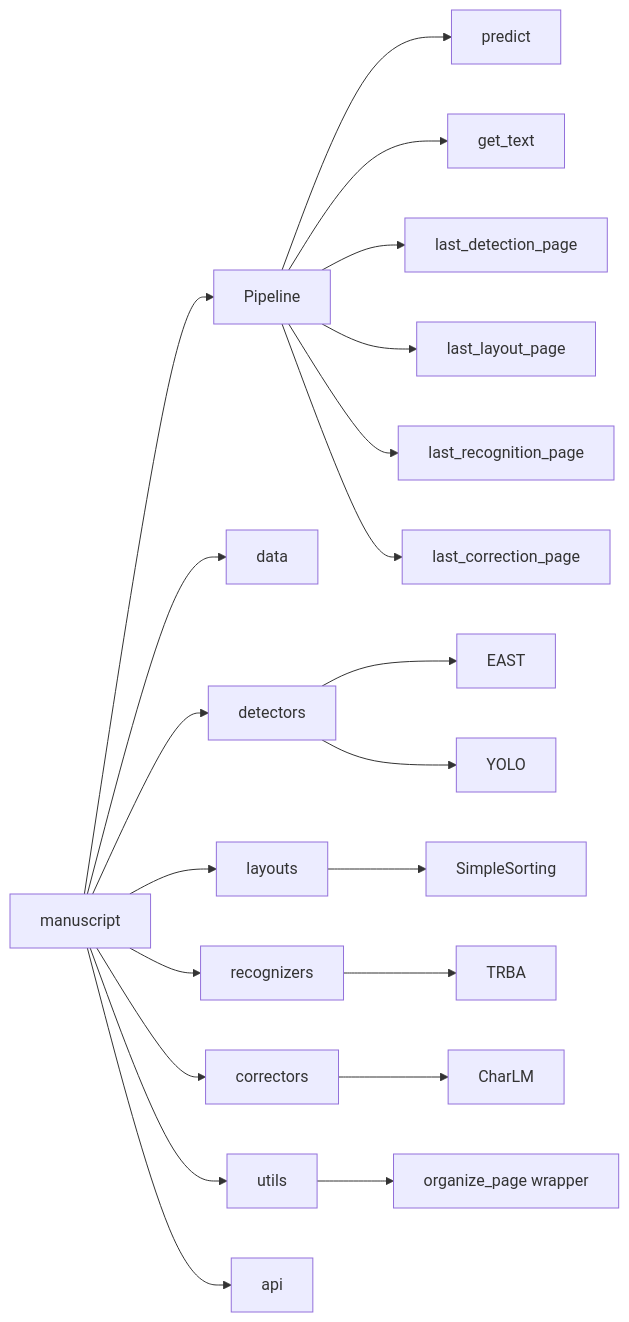
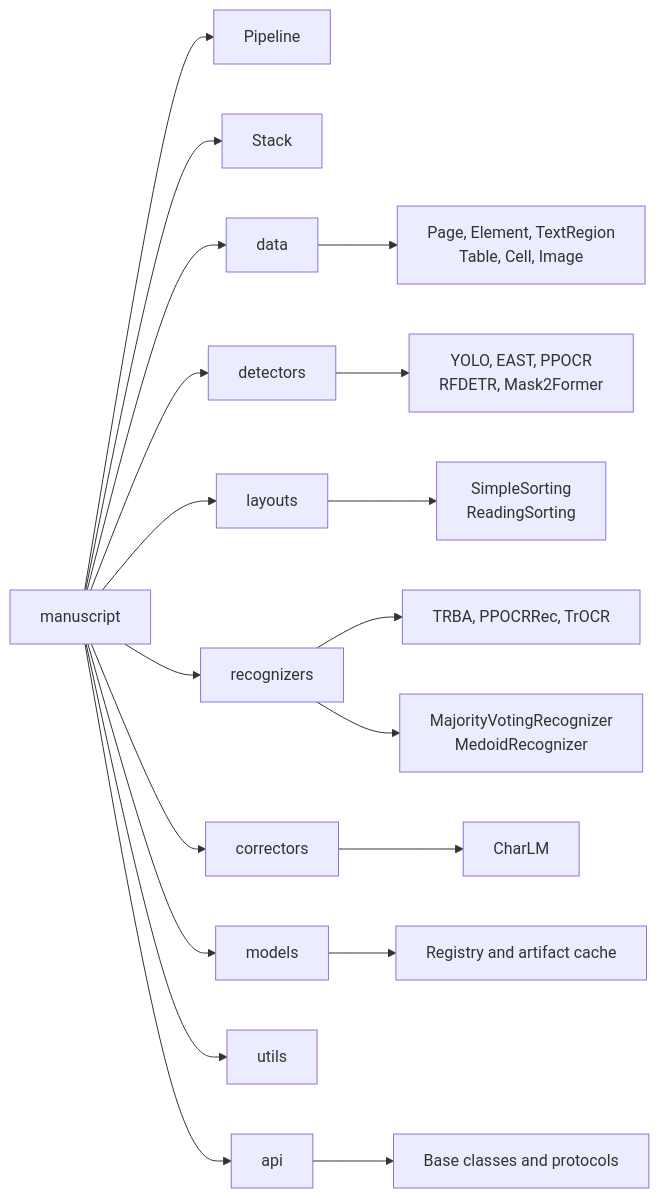
One commit to konstantinkozhin/manuscript-ocr changed the diagram in docs/sphinx/structure.rst. Above: the diagram before and after it, drawn with Mermaid. The commit also changed other lines of this file and 334 other files, not shown here.

```diff
--- a/docs/sphinx/structure.rst
+++ b/docs/sphinx/structure.rst
@@ -4,28 +4,22 @@
 .. mermaid::
 
     graph LR
-        manuscript[manuscript]
+        manuscript[manuscript] --> Pipeline
+        manuscript --> Stack
+        manuscript --> data
+        manuscript --> detectors
+        manuscript --> layouts
+        manuscript --> recognizers
+        manuscript --> correctors
+        manuscript --> models
+        manuscript --> utils
+        manuscript --> api
 
-        manuscript --> Pipeline[Pipeline]
-        manuscript --> data[data]
-        manuscript --> detectors[detectors]
-        manuscript --> layouts[layouts]
-        manuscript --> recognizers[recognizers]
-        manuscript --> correctors[correctors]
-        manuscript --> utils[utils]
-        manuscript --> api[api]
-
-        Pipeline --> p1[predict]
-        Pipeline --> p2[get_text]
-        Pipeline --> p3[last_detection_page]
-        Pipeline --> p4[last_layout_page]
-        Pipeline --> p5[last_recognition_page]
-        Pipeline --> p6[last_correction_page]
-
-        detectors --> EAST[EAST]
-        detectors --> YOLO[YOLO]
-        layouts --> SimpleSorting[SimpleSorting]
-        recognizers --> TRBA[TRBA]
-        correctors --> CharLM[CharLM]
-
-        utils --> organize_page[organize_page wrapper]
+        data --> elements["Page, Element, TextRegion<br/>Table, Cell, Image"]
+        detectors --> detection["YOLO, EAST, PPOCR<br/>RFDETR, Mask2Former"]
+        layouts --> ordering["SimpleSorting<br/>ReadingSorting"]
+        recognizers --> recognition["TRBA, PPOCRRec, TrOCR"]
+        recognizers --> ensembles["MajorityVotingRecognizer<br/>MedoidRecognizer"]
+        correctors --> CharLM
+        models --> registry["Registry and artifact cache"]
+        api --> contracts["Base classes and protocols"]
```
